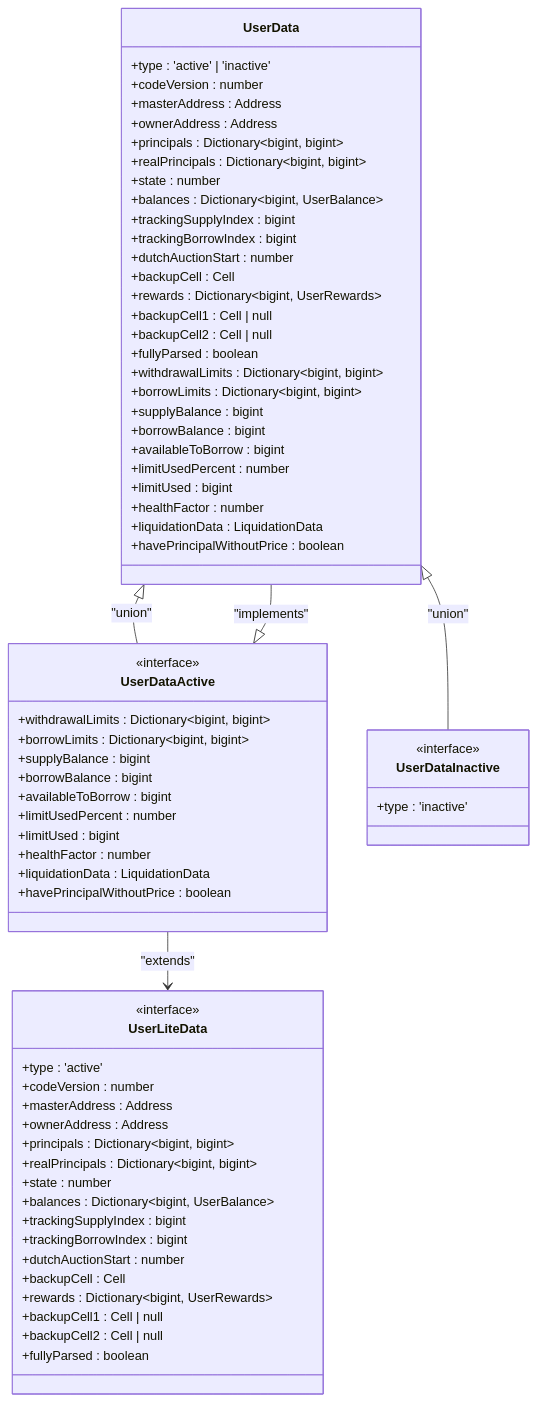
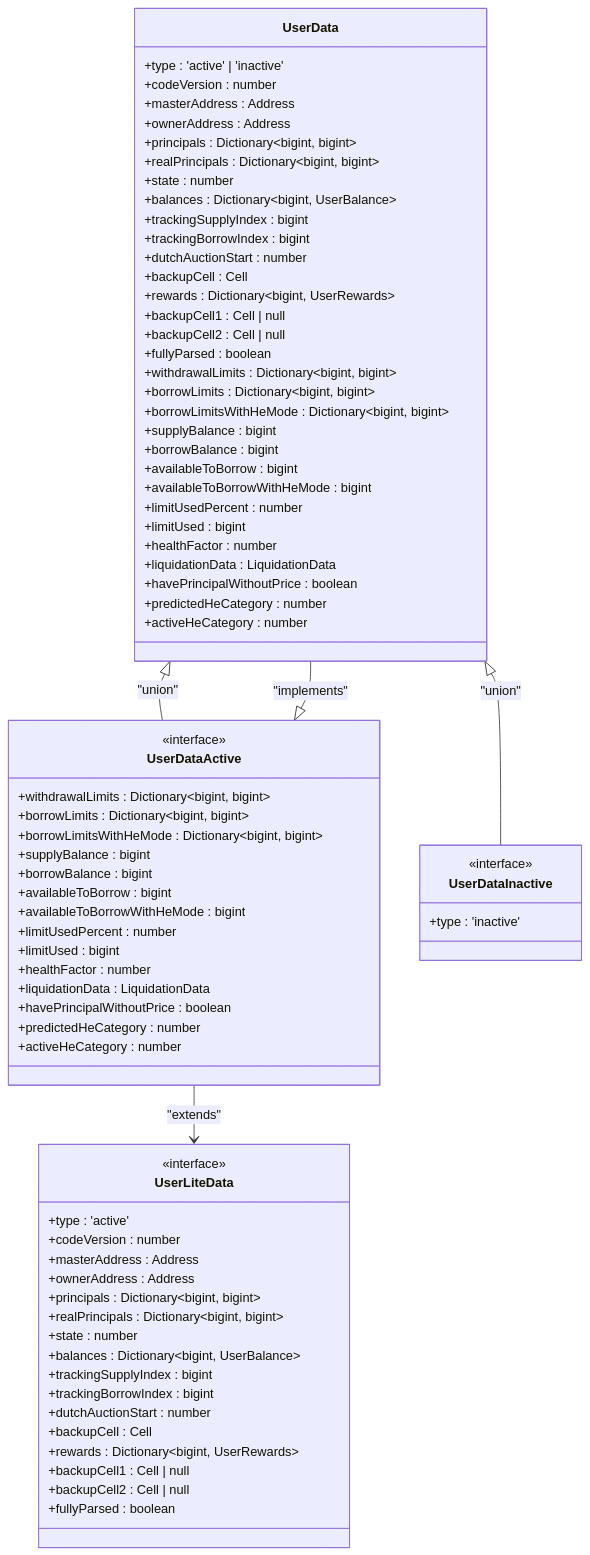
One commit to evaafi/sdk changed the first of 5 diagrams in docs/4. Api Reference/4.3. User Interaction.md. Above: the diagram before and after it, drawn with Mermaid. The commit also changed other lines of this file and 9 other files, not shown here.

````diff
--- a/docs/4. Api Reference/4.3. User Interaction.md
+++ b/docs/4. Api Reference/4.3. User Interaction.md
@@ -78,71 +79,79 @@
 ```mermaid
 classDiagram
 class UserData {
 +type : 'active' | 'inactive'
 +codeVersion : number
 +masterAddress : Address
 +ownerAddress : Address
 +principals : Dictionary~bigint, bigint~
 +realPrincipals : Dictionary~bigint, bigint~
 +state : number
 +balances : Dictionary~bigint, UserBalance~
 +trackingSupplyIndex : bigint
 +trackingBorrowIndex : bigint
 +dutchAuctionStart : number
 +backupCell : Cell
 +rewards : Dictionary~bigint, UserRewards~
 +backupCell1 : Cell | null
 +backupCell2 : Cell | null
 +fullyParsed : boolean
 +withdrawalLimits : Dictionary~bigint, bigint~
 +borrowLimits : Dictionary~bigint, bigint~
++borrowLimitsWithHeMode : Dictionary~bigint, bigint~
 +supplyBalance : bigint
 +borrowBalance : bigint
 +availableToBorrow : bigint
++availableToBorrowWithHeMode : bigint
 +limitUsedPercent : number
 +limitUsed : bigint
 +healthFactor : number
 +liquidationData : LiquidationData
 +havePrincipalWithoutPrice : boolean
++predictedHeCategory : number
++activeHeCategory : number
 }
 class UserLiteData {
 <<interface>>
 +type : 'active'
 +codeVersion : number
 +masterAddress : Address
 +ownerAddress : Address
 +principals : Dictionary~bigint, bigint~
 +realPrincipals : Dictionary~bigint, bigint~
 +state : number
 +balances : Dictionary~bigint, UserBalance~
 +trackingSupplyIndex : bigint
 +trackingBorrowIndex : bigint
 +dutchAuctionStart : number
 +backupCell : Cell
 +rewards : Dictionary~bigint, UserRewards~
 +backupCell1 : Cell | null
 +backupCell2 : Cell | null
 +fullyParsed : boolean
 }
 class UserDataActive {
 <<interface>>
 +withdrawalLimits : Dictionary~bigint, bigint~
 +borrowLimits : Dictionary~bigint, bigint~
++borrowLimitsWithHeMode : Dictionary~bigint, bigint~
 +supplyBalance : bigint
 +borrowBalance : bigint
 +availableToBorrow : bigint
++availableToBorrowWithHeMode : bigint
 +limitUsedPercent : number
 +limitUsed : bigint
 +healthFactor : number
 +liquidationData : LiquidationData
 +havePrincipalWithoutPrice : boolean
++predictedHeCategory : number
++activeHeCategory : number
 }
 class UserDataInactive {
 <<interface>>
 +type : 'inactive'
 }
 UserDataActive --> UserLiteData : "extends"
 UserData <|-- UserDataActive : "union"
 UserData <|-- UserDataInactive : "union"
 UserDataActive <|-- UserData : "implements"
 ```
````
